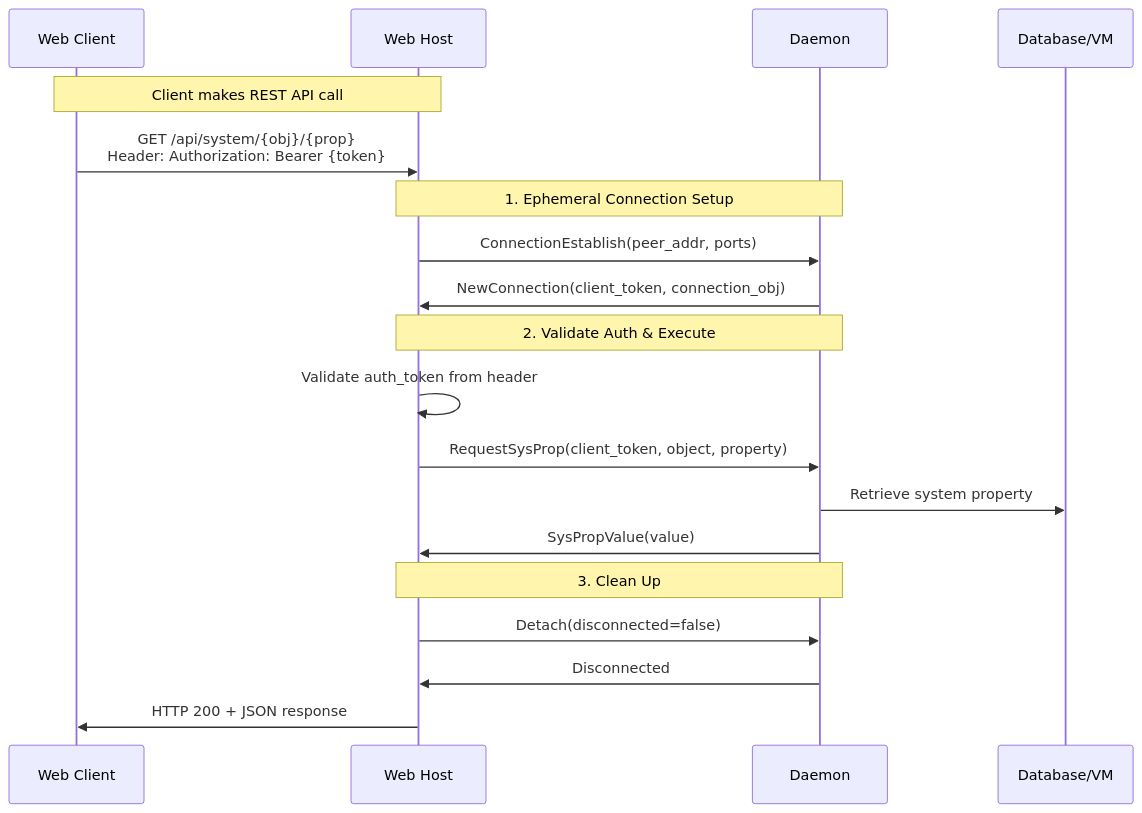
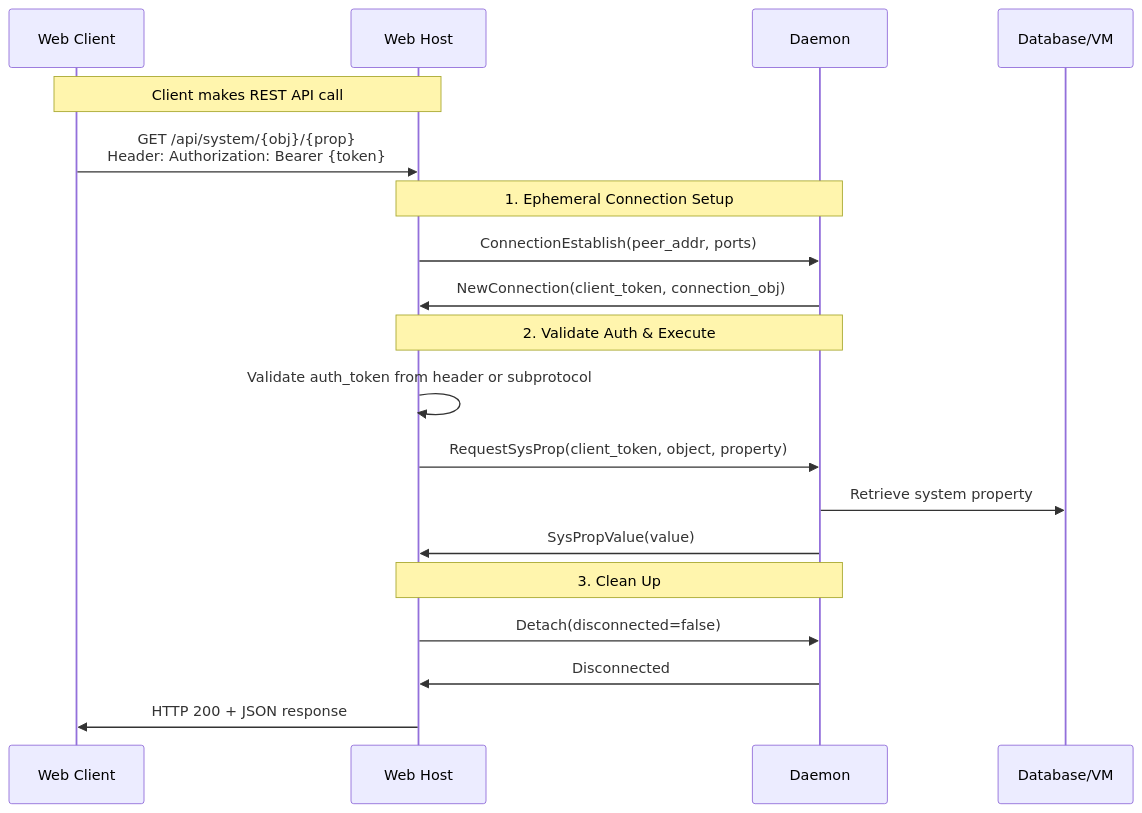
Before and after one commit to rdaum/moor: the second of 4 diagrams in doc/RPC_API_SPEC.md, drawn with Mermaid. The commit also changed other lines of this file and 2 other files, not shown here.

First line of the commit message:
Use WebSocket subprotocol for auth token and client info

````diff
--- a/doc/RPC_API_SPEC.md
+++ b/doc/RPC_API_SPEC.md
@@ -1772,21 +1772,21 @@
 ```mermaid
 sequenceDiagram
     participant WC as Web Client
     participant WH as Web Host
     participant D as Daemon
     participant DB as Database/VM
     Note over WC, WH: Client makes REST API call
     WC ->> WH: GET /api/system/{obj}/{prop}<br/>Header: Authorization: Bearer {token}
     Note over WH, D: 1. Ephemeral Connection Setup
     WH ->> D: ConnectionEstablish(peer_addr, ports)
     D ->> WH: NewConnection(client_token, connection_obj)
     Note over WH, D: 2. Validate Auth & Execute
-    WH ->> WH: Validate auth_token from header
+    WH ->> WH: Validate auth_token from header or subprotocol
     WH ->> D: RequestSysProp(client_token, object, property)
     D ->> DB: Retrieve system property
     D ->> WH: SysPropValue(value)
     Note over WH, D: 3. Clean Up
     WH ->> D: Detach(disconnected=false)
     D ->> WH: Disconnected
     WH ->> WC: HTTP 200 + JSON response
 ```
````
